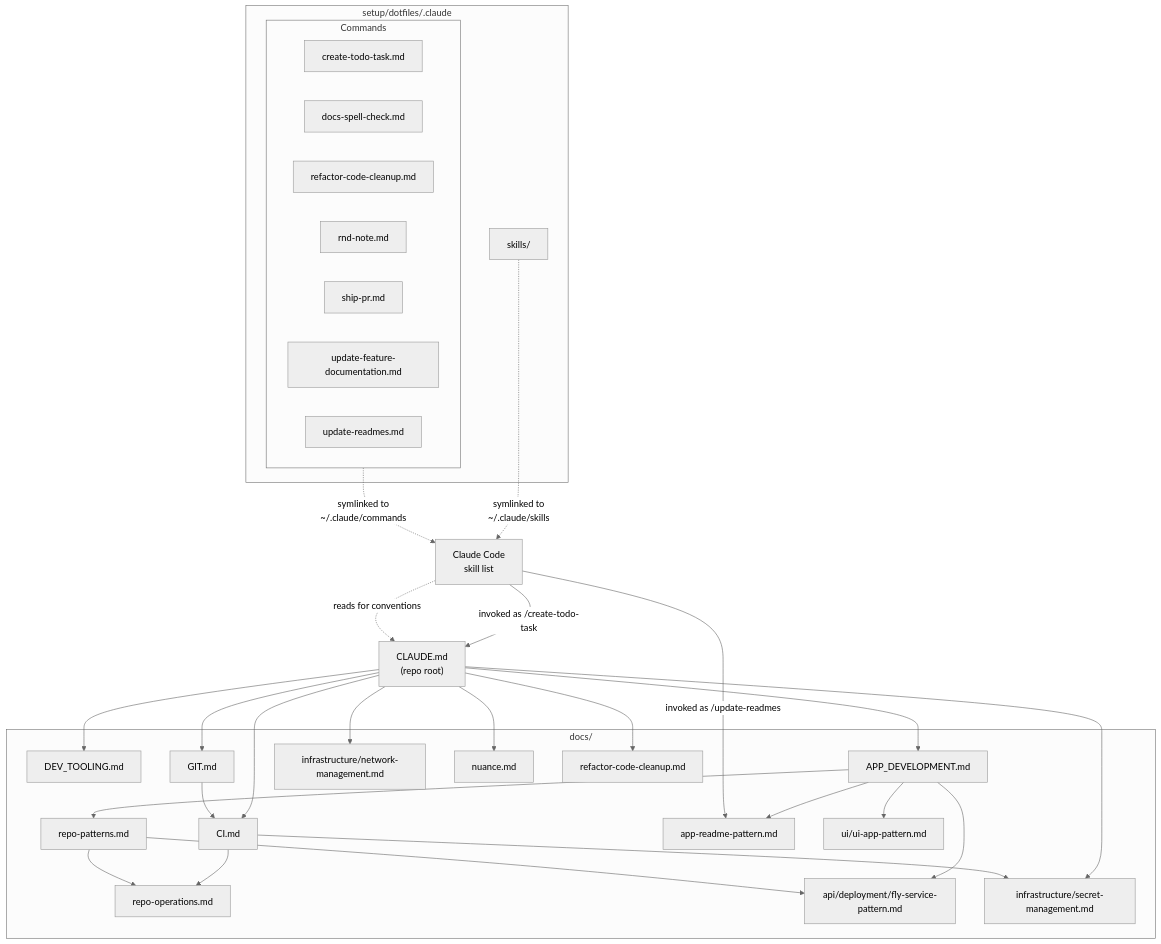
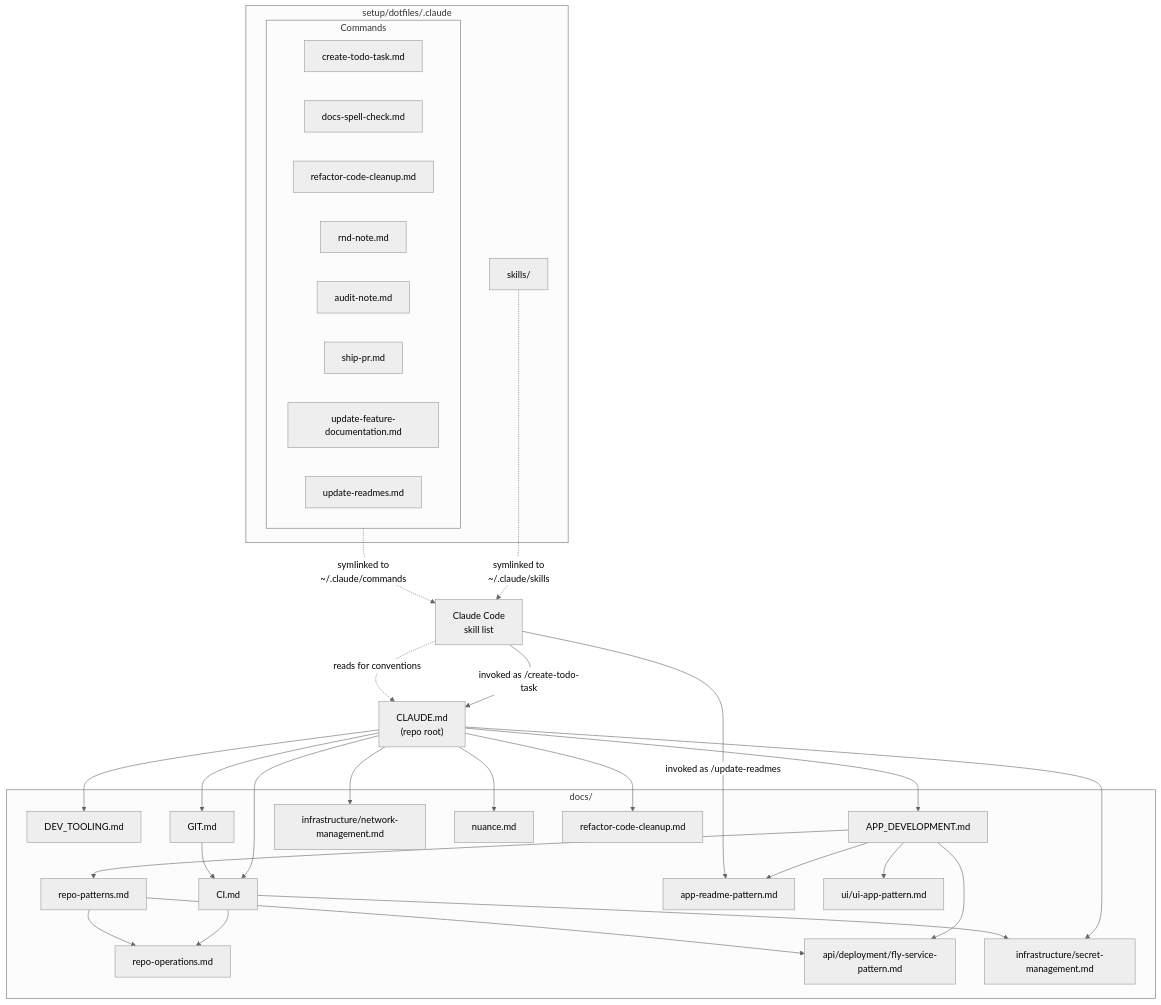
One commit to iamharryliu/vigilant-broccoli changed the diagram in docs/agent-diagram.md. Above: the diagram before and after it, drawn with Mermaid (neutral theme). The commit also changed 6 other files, not shown here.

First line of the commit message:
feat(agent-sandbox): Add pnpm agentic:audit codebase-audit note flow.

````diff
--- a/docs/agent-diagram.md
+++ b/docs/agent-diagram.md
@@ -5,59 +5,60 @@
 ```mermaid
 flowchart TD
     CLAUDE["CLAUDE.md<br/>(repo root)"]
 
     subgraph DOCS["docs/"]
         DEV_TOOLING["DEV_TOOLING.md"]
         CI["CI.md"]
         APP_DEV["APP_DEVELOPMENT.md"]
         GIT["GIT.md"]
         NETWORK["infrastructure/network-management.md"]
         NUANCE["nuance.md"]
         REPO_PATTERNS["repo-patterns.md"]
         REPO_OPS["repo-operations.md"]
         APP_README["app-readme-pattern.md"]
         UI_PATTERN["ui/ui-app-pattern.md"]
         FLY_PATTERN["api/deployment/fly-service-pattern.md"]
         SECRETS["infrastructure/secret-management.md"]
         REFACTOR["refactor-code-cleanup.md"]
     end
 
     CLAUDE --> DEV_TOOLING
     CLAUDE --> CI
     CLAUDE --> APP_DEV
     CLAUDE --> GIT
     CLAUDE --> NETWORK
     CLAUDE --> SECRETS
     CLAUDE --> NUANCE
     CLAUDE --> REFACTOR
 
     CI --> REPO_OPS
     CI --> SECRETS
     GIT --> CI
     APP_DEV --> REPO_PATTERNS
     APP_DEV --> APP_README
     APP_DEV --> UI_PATTERN
     APP_DEV --> FLY_PATTERN
     REPO_PATTERNS --> FLY_PATTERN
     REPO_PATTERNS --> REPO_OPS
 
     subgraph SKILLS["setup/dotfiles/.claude"]
         subgraph COMMANDS["Commands"]
             CMD_TODO["create-todo-task.md"]
             CMD_SPELLCHECK["docs-spell-check.md"]
             CMD_REFACTOR_CLEANUP["refactor-code-cleanup.md"]
             CMD_RND_NOTE["rnd-note.md"]
+            CMD_AUDIT_NOTE["audit-note.md"]
             CMD_SHIP_PR["ship-pr.md"]
             CMD_UPDATE_FEATURE_DOCS["update-feature-documentation.md"]
             CMD_UPDATE_READMES["update-readmes.md"]
         end
         SKILLDIR["skills/"]
     end
 
     COMMANDS -.->|symlinked to<br/>~/.claude/commands| CLAUDECODE["Claude Code<br/>skill list"]
     SKILLDIR -.->|symlinked to<br/>~/.claude/skills| CLAUDECODE
 
     CLAUDECODE -->|invoked as /update-readmes| APP_README
     CLAUDECODE -->|invoked as /create-todo-task| CLAUDE
     CLAUDECODE -.->|reads for conventions| CLAUDE
 ```
````
